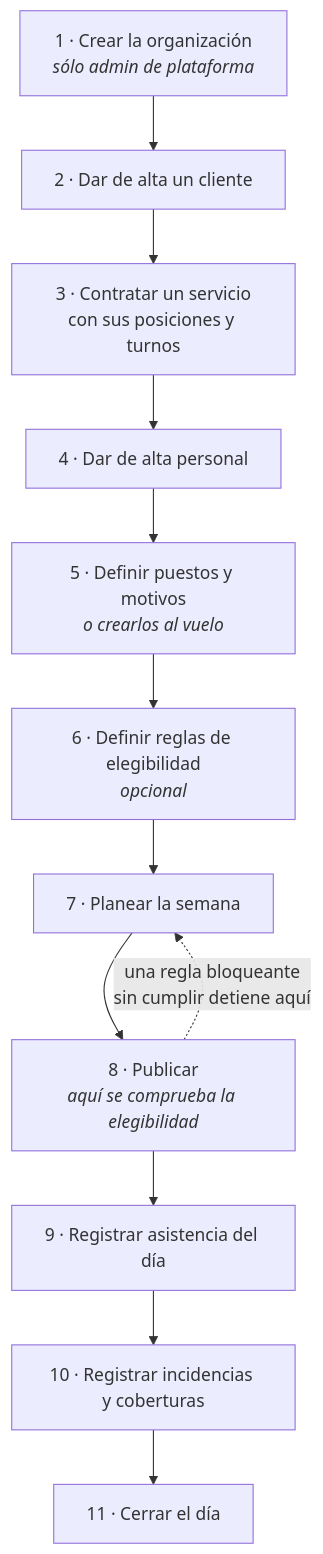
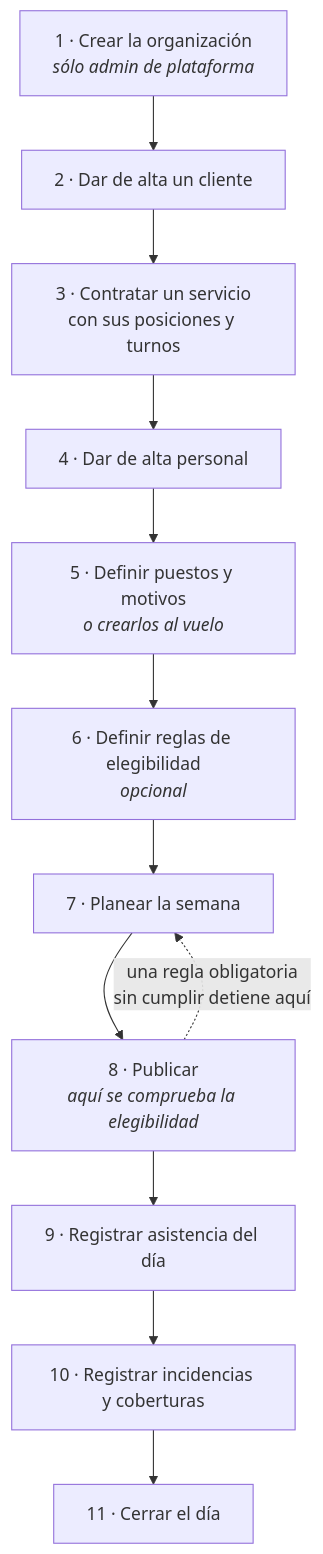
Before and after one commit to fvaldez1972/GestIAapp: the fourth of 4 diagrams in docs/GESTIA-ARQUITECTURA-MODULOS-Y-ROLES.md, drawn with Mermaid. The commit also changed other lines of this file and 5 other files, not shown here.

````diff
--- a/docs/GESTIA-ARQUITECTURA-MODULOS-Y-ROLES.md
+++ b/docs/GESTIA-ARQUITECTURA-MODULOS-Y-ROLES.md
@@ -476,17 +476,17 @@
 ```mermaid
 graph TD
     A["1 · Crear la organización<br/><i>sólo admin de plataforma</i>"]
     B["2 · Dar de alta un cliente"]
     C["3 · Contratar un servicio<br/>con sus posiciones y turnos"]
     D["4 · Dar de alta personal"]
     E["5 · Definir puestos y motivos<br/><i>o crearlos al vuelo</i>"]
     F["6 · Definir reglas de elegibilidad<br/><i>opcional</i>"]
     G["7 · Planear la semana"]
     H["8 · Publicar<br/><i>aquí se comprueba la elegibilidad</i>"]
     I["9 · Registrar asistencia del día"]
     J["10 · Registrar incidencias y coberturas"]
     K["11 · Cerrar el día"]
 
     A --> B --> C --> D --> E --> F --> G --> H --> I --> J --> K
-    H -.->|una regla bloqueante<br/>sin cumplir detiene aquí| G
+    H -.->|una regla obligatoria<br/>sin cumplir detiene aquí| G
 ```
````
